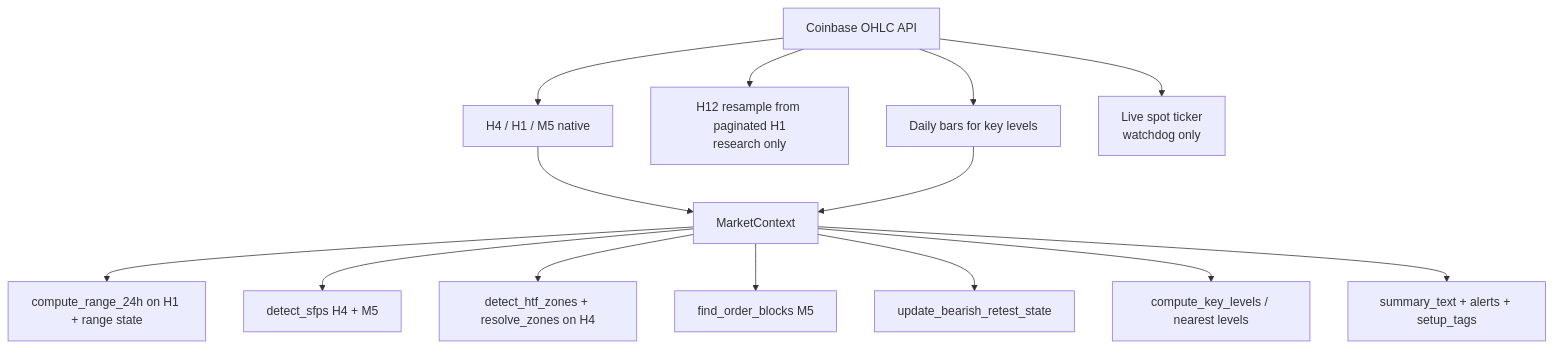
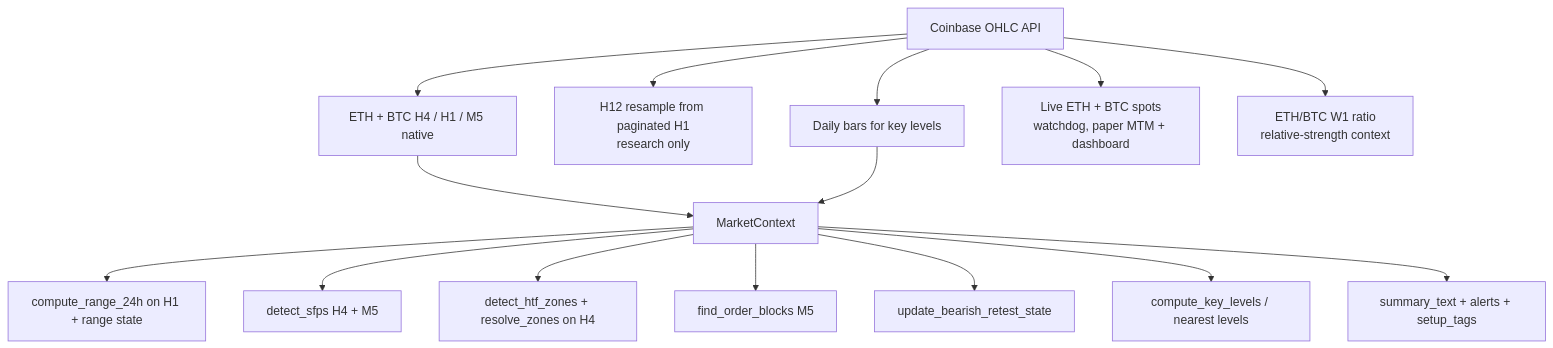
The second of 6 diagrams in deploy/PROJECT_STATE.md (abagui11/kalshi_trading_bot), drawn with Mermaid before and after one commit. The commit also changed other lines of this file and 33 other files, not shown here.

First line of the commit message:
Ship dual-asset ETH/BTC paper book with Fund contributions and USD-notional sizing.

````diff
--- a/deploy/PROJECT_STATE.md
+++ b/deploy/PROJECT_STATE.md
@@ -75,18 +80,19 @@
 ```mermaid
 flowchart TD
-    API[Coinbase OHLC API] --> R1[H4 / H1 / M5 native]
+    API[Coinbase OHLC API] --> R1[ETH + BTC H4 / H1 / M5 native]
     API --> R2[H12 resample from paginated H1<br/>research only]
     API --> R3[Daily bars for key levels]
-    API --> R4[Live spot ticker<br/>watchdog only]
+    API --> R4[Live ETH + BTC spots<br/>watchdog, paper MTM + dashboard]
 
     R1 --> MC[MarketContext]
     R3 --> MC
+    API --> RS[ETH/BTC W1 ratio<br/>relative-strength context]
 
     MC --> MC1[compute_range_24h on H1 + range state]
     MC --> MC2[detect_sfps H4 + M5]
     MC --> MC3[detect_htf_zones + resolve_zones on H4]
     MC --> MC4[find_order_blocks M5]
     MC --> MC5[update_bearish_retest_state]
     MC --> MC6[compute_key_levels / nearest levels]
     MC --> MC7[summary_text + alerts + setup_tags]
 ```
````
